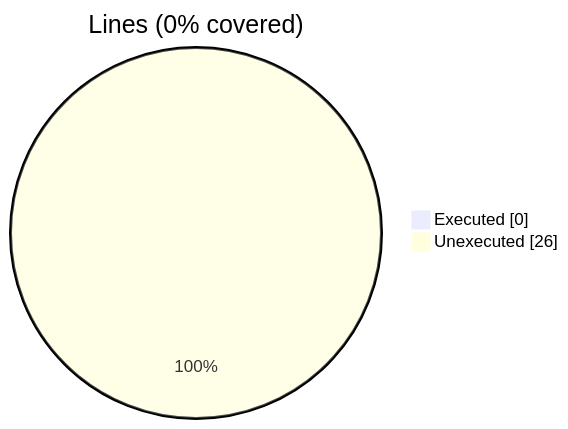
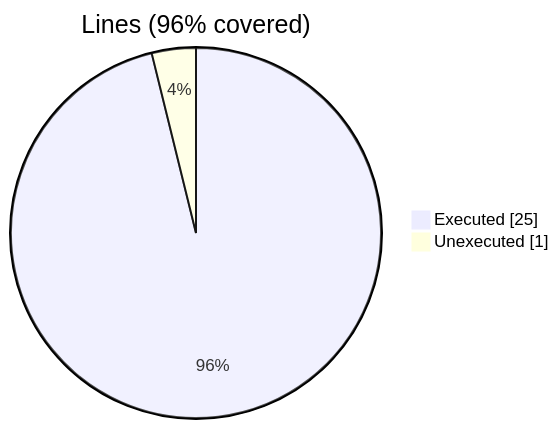
One commit to szaghi/VTKFortran changed the first of 2 diagrams in docs/guide/vtk_fortran_vtk_file.f90.gcov.md. Above: the diagram before and after it, drawn with Mermaid. The commit also changed other lines of this file and 9 other files, not shown here.

````diff
--- a/docs/guide/vtk_fortran_vtk_file.f90.gcov.md
+++ b/docs/guide/vtk_fortran_vtk_file.f90.gcov.md
@@ -10,6 +10,6 @@
 ```mermaid
 pie showData
-    title Lines (0% covered)
-    "Executed" : 0
-    "Unexecuted" : 26
+    title Lines (96% covered)
+    "Executed" : 25
+    "Unexecuted" : 1
 ```
````
